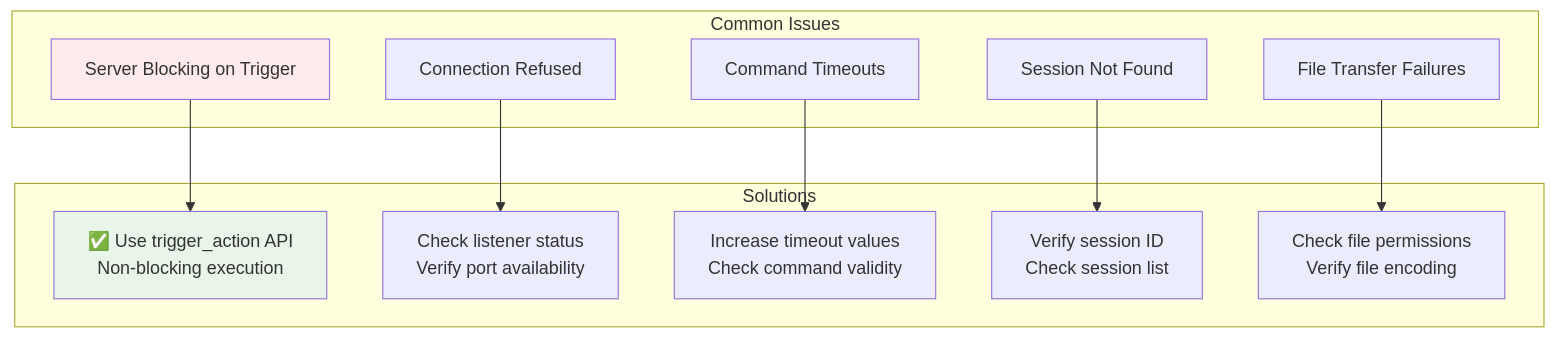
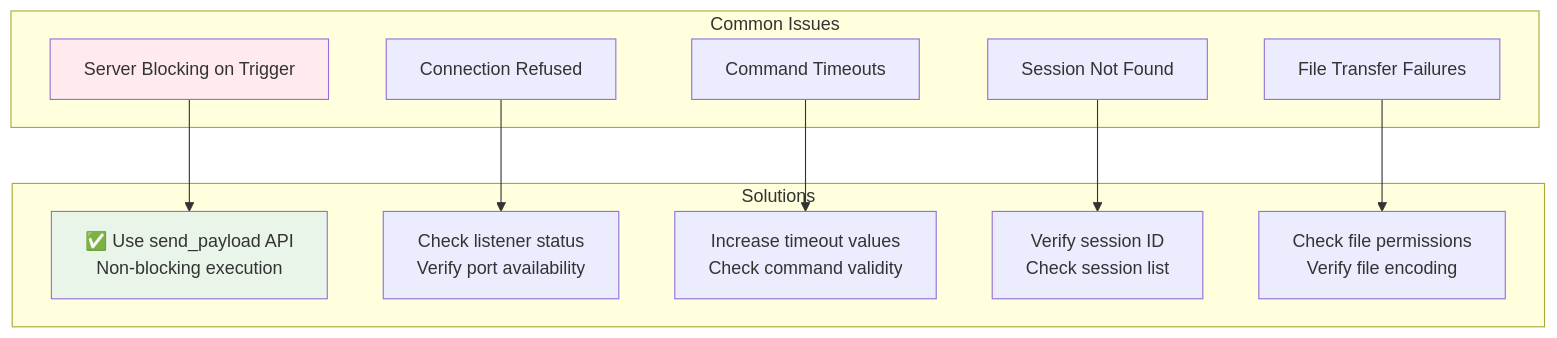
Diagram 13 of 14 in doc/REVERSE_SHELL_MANAGER.md (sh4faq/MCP-Kali-Server), drawn with Mermaid before and after one commit. The commit also changed other lines of this file and 6 other files, not shown here.

First line of the commit message:
✨ Rename trigger action to send payload in reverse shell API

````diff
--- a/doc/REVERSE_SHELL_MANAGER.md
+++ b/doc/REVERSE_SHELL_MANAGER.md
@@ -543,27 +543,27 @@
 ```mermaid
 flowchart TD
     subgraph "Common Issues"
         I1[Server Blocking on Trigger]
         I2[Connection Refused]
         I3[Command Timeouts]
         I4[Session Not Found]
         I5[File Transfer Failures]
     end
     
     subgraph "Solutions"
-        S1[✅ Use trigger_action API<br/>Non-blocking execution]
+        S1[✅ Use send_payload API<br/>Non-blocking execution]
         S2[Check listener status<br/>Verify port availability]
         S3[Increase timeout values<br/>Check command validity]
         S4[Verify session ID<br/>Check session list]
         S5[Check file permissions<br/>Verify file encoding]
     end
     
     I1 --> S1
     I2 --> S2
     I3 --> S3
     I4 --> S4
     I5 --> S5
     
     style S1 fill:#e8f5e8
     style I1 fill:#ffebee
 ```
````
